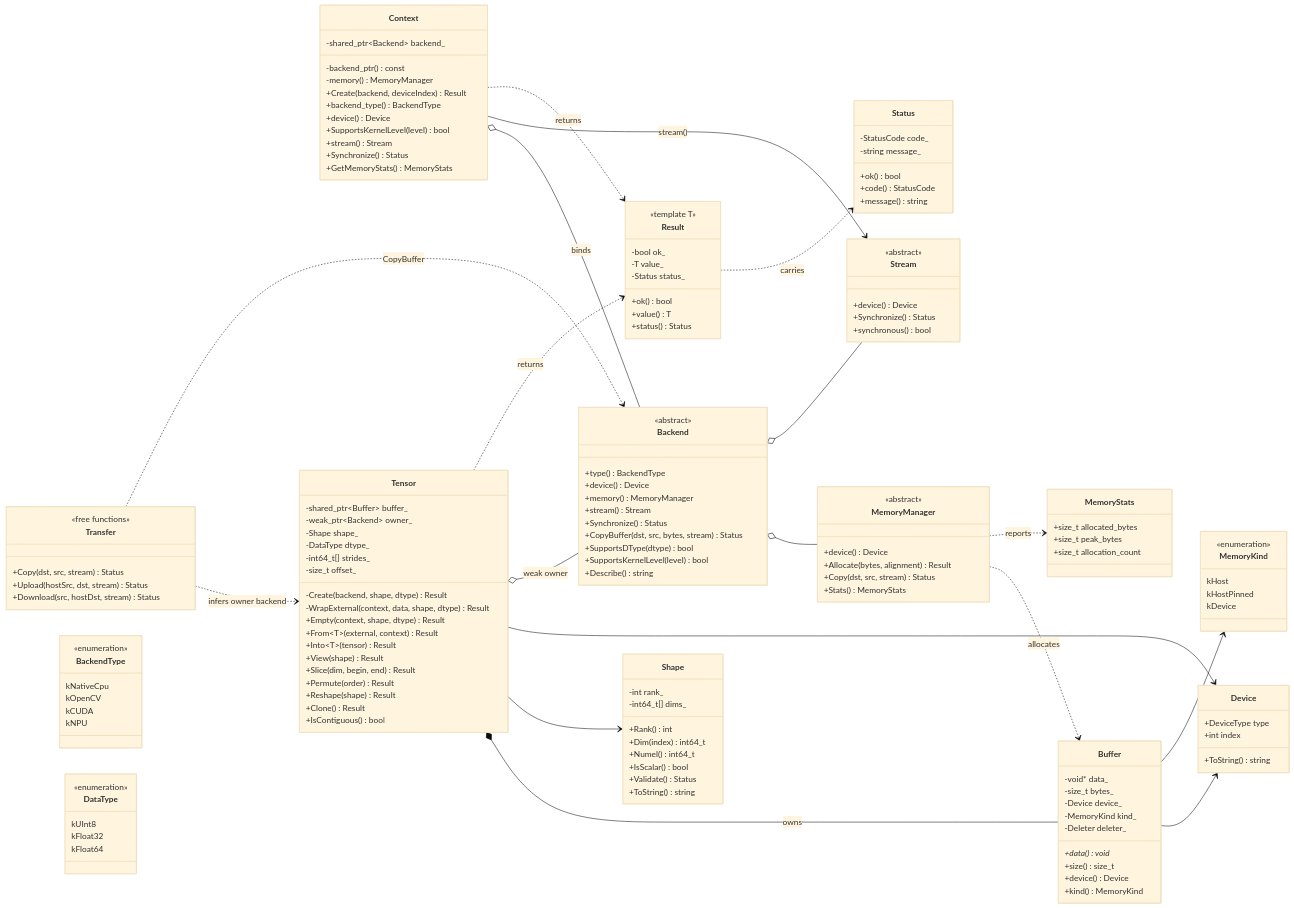
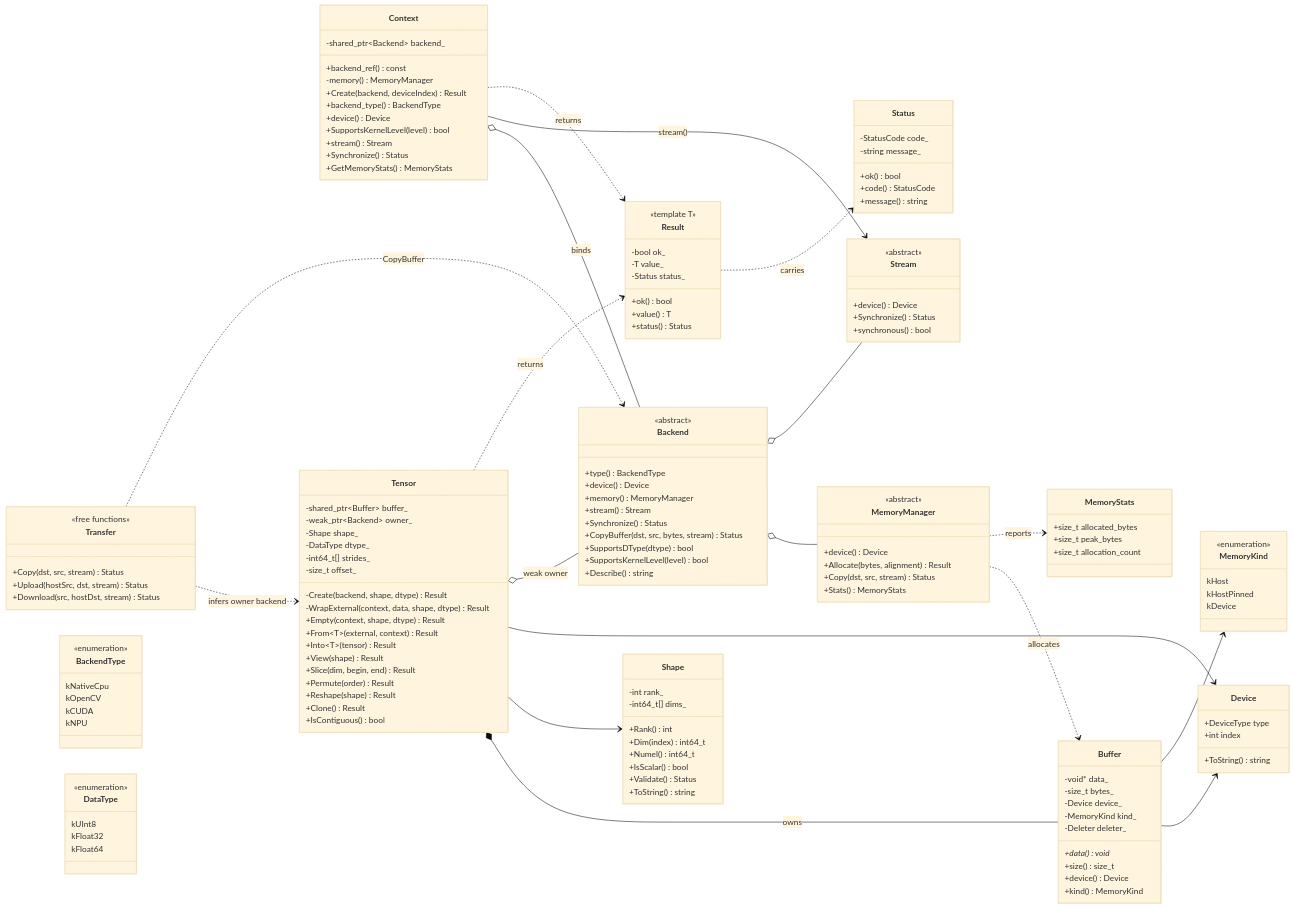
One commit to CourtJadeLiquor/hpcplatform changed the first of 3 diagrams in docs/architecture.md. Above: the diagram before and after it, drawn with Mermaid (base theme). The commit also changed other lines of this file and 38 other files, not shown here.

```diff
--- a/docs/architecture.md
+++ b/docs/architecture.md
@@ -393,7 +393,7 @@
 
   class Context {
     -shared_ptr~Backend~ backend_
-    -backend_ptr() const
+    +backend_ref() const
     -memory() MemoryManager
     +Create(backend, deviceIndex) Result
     +backend_type() BackendType
```
